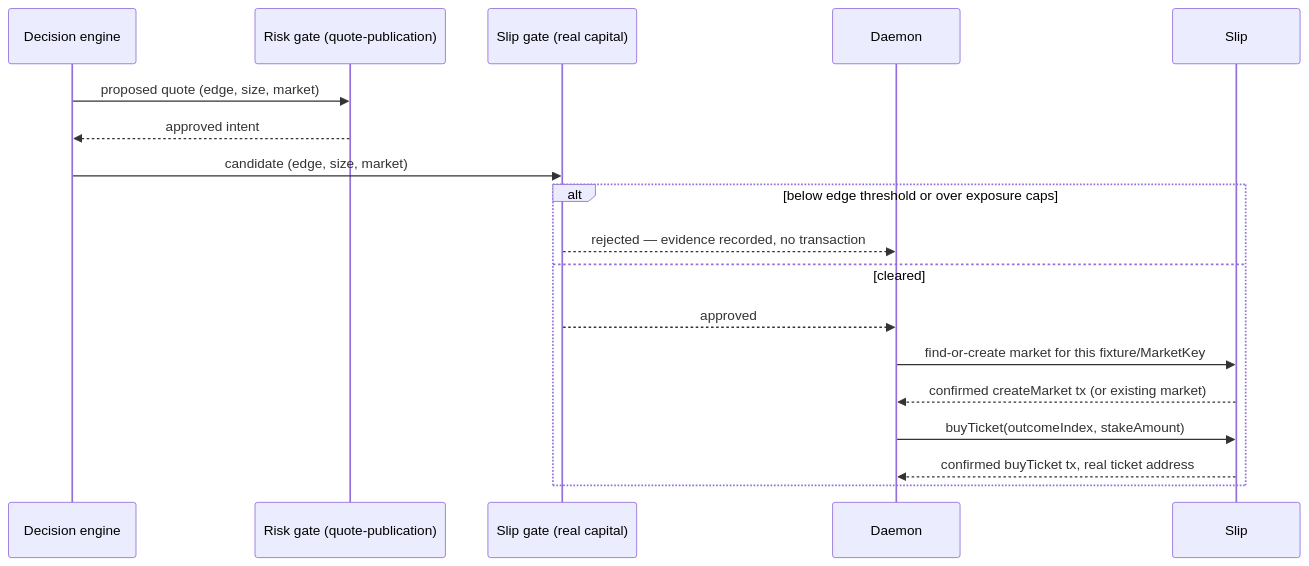
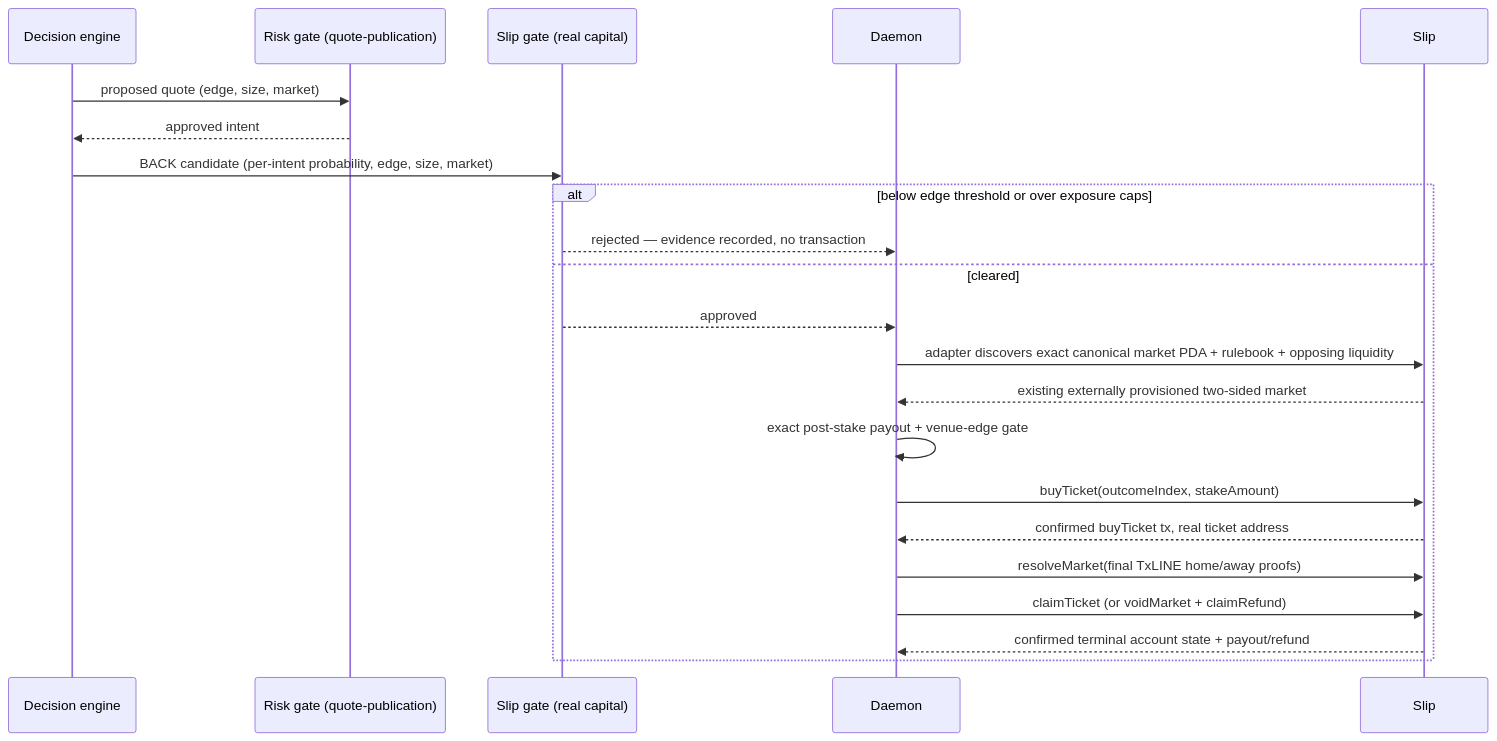
The fourth of 5 diagrams in architecture.md (danielAsaboro/tissue), drawn with Mermaid before and after one commit. The commit also changed other lines of this file and 79 other files, not shown here.

Commit message:
Migrate Tissue to hardened Slip venue adapter

````diff
--- a/architecture.md
+++ b/architecture.md
@@ -154,21 +173,25 @@
 ```mermaid
 sequenceDiagram
     participant Engine as Decision engine
     participant RiskGate as Risk gate (quote-publication)
     participant SlipGate as Slip gate (real capital)
     participant Daemon
     participant Slip
 
     Engine->>RiskGate: proposed quote (edge, size, market)
     RiskGate-->>Engine: approved intent
-    Engine->>SlipGate: candidate (edge, size, market)
+    Engine->>SlipGate: BACK candidate (per-intent probability, edge, size, market)
     alt below edge threshold or over exposure caps
         SlipGate-->>Daemon: rejected — evidence recorded, no transaction
     else cleared
         SlipGate-->>Daemon: approved
-        Daemon->>Slip: find-or-create market for this fixture/MarketKey
-        Slip-->>Daemon: confirmed createMarket tx (or existing market)
+        Daemon->>Slip: adapter discovers exact canonical market PDA + rulebook + opposing liquidity
+        Slip-->>Daemon: existing externally provisioned two-sided market
+        Daemon->>Daemon: exact post-stake payout + venue-edge gate
         Daemon->>Slip: buyTicket(outcomeIndex, stakeAmount)
         Slip-->>Daemon: confirmed buyTicket tx, real ticket address
+        Daemon->>Slip: resolveMarket(final TxLINE home/away proofs)
+        Daemon->>Slip: claimTicket (or voidMarket + claimRefund)
+        Slip-->>Daemon: confirmed terminal account state + payout/refund
     end
 ```
````
